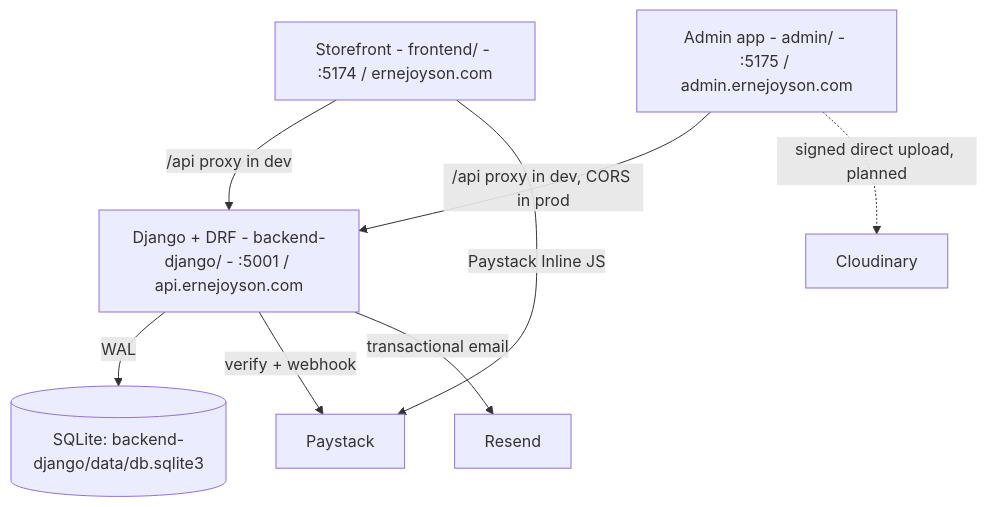
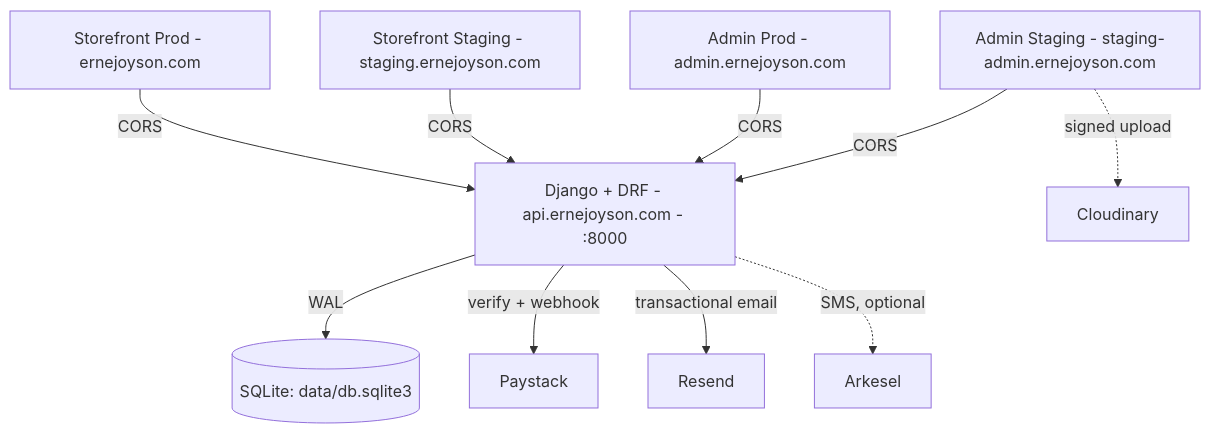
The diagram in memory.md (eugene-sew/ernejoyson-frontend-), drawn with Mermaid before and after one commit. The commit also changed other lines of this file, not shown here.

Commit message:
docs: update memory.md with domain architecture, Hostinger DNS, Vercel SPA routing fix, and backend CORS configuration

````diff
--- a/memory.md
+++ b/memory.md
@@ -31,10 +29,12 @@
 ```mermaid
 graph TD
-    Shop[Storefront - frontend/ - :5174 / ernejoyson.com] -->|/api proxy in dev| API
-    Admin[Admin app - admin/ - :5175 / admin.ernejoyson.com] -->|/api proxy in dev, CORS in prod| API
-    API[Django + DRF - backend-django/ - :5001 / api.ernejoyson.com] -->|WAL| DB[(SQLite: backend-django/data/db.sqlite3)]
+    ShopProd[Storefront Prod - ernejoyson.com] -->|CORS| API[Django + DRF - api.ernejoyson.com - :8000]
+    ShopStaging[Storefront Staging - staging.ernejoyson.com] -->|CORS| API
+    AdminProd[Admin Prod - admin.ernejoyson.com] -->|CORS| API
+    AdminStaging[Admin Staging - staging-admin.ernejoyson.com] -->|CORS| API
+    API -->|WAL| DB[(SQLite: data/db.sqlite3)]
     API -->|verify + webhook| Paystack
     API -->|transactional email| Resend
-    Admin -.->|signed direct upload, planned| Cloudinary
-    Shop -->|Paystack Inline JS| Paystack
+    API -.->|SMS, optional| Arkesel
+    AdminStaging -.->|signed upload| Cloudinary
 ```
````
